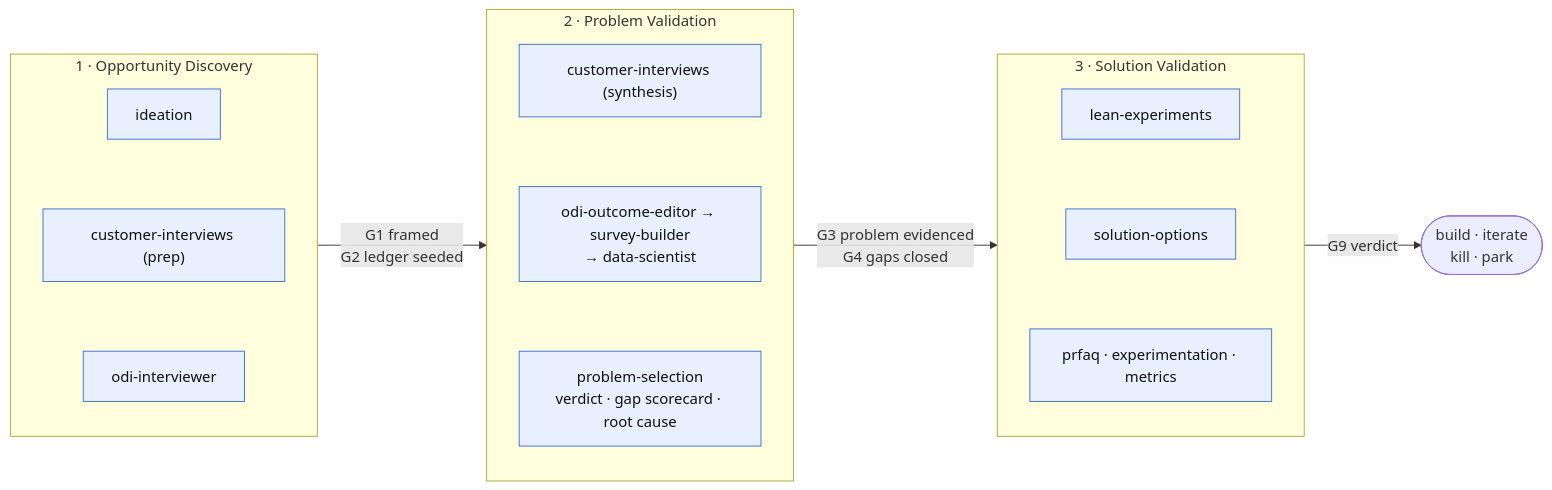
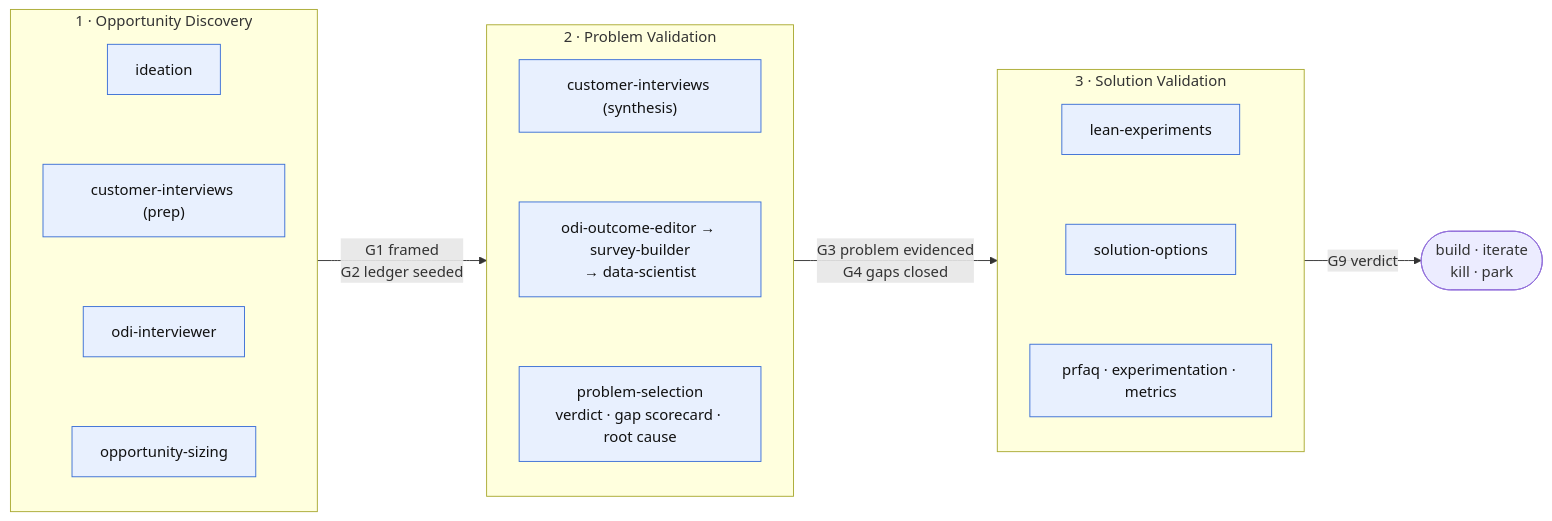
Before and after one commit to Daniel085/ProductExpert: the first of 6 diagrams in docs/how-it-works.md, drawn with Mermaid. The commit also changed other lines of this file and 50 other files, not shown here.

````diff
--- a/docs/how-it-works.md
+++ b/docs/how-it-works.md
@@ -173,20 +177,20 @@
 ```mermaid
 flowchart LR
   subgraph P1["1 · Opportunity Discovery"]
     direction TB
-    a1["ideation"] ~~~ a2["customer-interviews (prep)"] ~~~ a3["odi-interviewer"]
+    a1["ideation"] ~~~ a2["customer-interviews (prep)"] ~~~ a3["odi-interviewer"] ~~~ a4["opportunity-sizing"]
   end
   subgraph P2["2 · Problem Validation"]
     direction TB
     b1["customer-interviews (synthesis)"] ~~~ b2["odi-outcome-editor → survey-builder<br/>→ data-scientist"] ~~~ b3["problem-selection<br/>verdict · gap scorecard · root cause"]
   end
   subgraph P3["3 · Solution Validation"]
     direction TB
     c1["lean-experiments"] ~~~ c2["solution-options"] ~~~ c3["prfaq · experimentation · metrics"]
   end
   P1 -- "G1 framed<br/>G2 ledger seeded" --> P2
   P2 -- "G3 problem evidenced<br/>G4 gaps closed" --> P3
   P3 -- "G9 verdict" --> out(["build · iterate<br/>kill · park"])
   classDef agent fill:#e8f0fe,stroke:#3b6fd6,color:#111
-  class a1,a2,a3,b1,b2,b3,c1,c2,c3 agent
+  class a1,a2,a3,a4,b1,b2,b3,c1,c2,c3 agent
 ```
````
